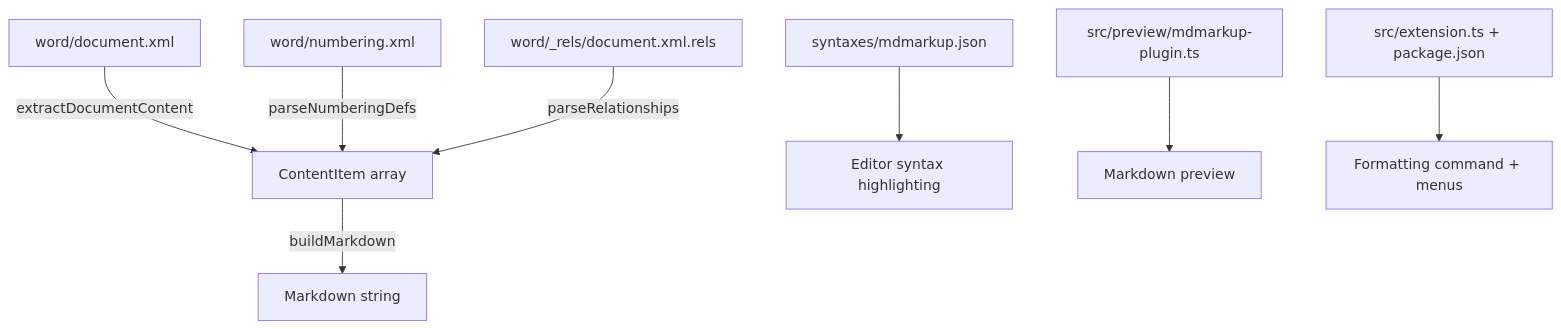
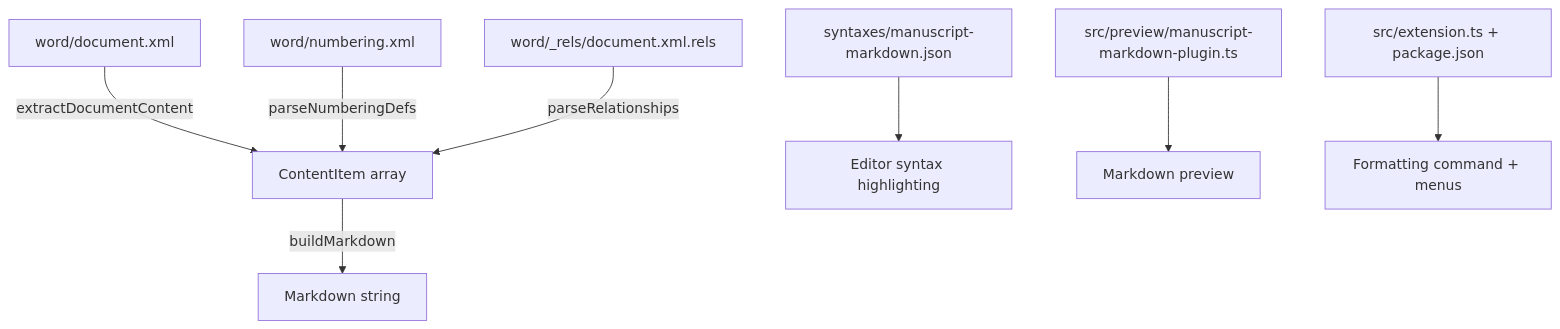
One commit to jbearak/scimark changed the diagram in .kiro/specs/docx-formatting-conversion/design.md. Above: the diagram before and after it, drawn with Mermaid. The commit also changed other lines of this file and 48 other files, not shown here.

First line of the commit message:
Rename mdmarkup to Manuscript Markdown

````diff
--- a/.kiro/specs/docx-formatting-conversion/design.md
+++ b/.kiro/specs/docx-formatting-conversion/design.md
@@ -11,11 +11,11 @@
 ```mermaid
 graph TD
     A[word/document.xml] -->|extractDocumentContent| B[ContentItem array]
     C[word/numbering.xml] -->|parseNumberingDefs| B
     D[word/_rels/document.xml.rels] -->|parseRelationships| B
     B -->|buildMarkdown| E[Markdown string]
 
-    F[syntaxes/mdmarkup.json] --> G[Editor syntax highlighting]
-    H[src/preview/mdmarkup-plugin.ts] --> I[Markdown preview]
+    F[syntaxes/manuscript-markdown.json] --> G[Editor syntax highlighting]
+    H[src/preview/manuscript-markdown-plugin.ts] --> I[Markdown preview]
     J[src/extension.ts + package.json] --> K[Formatting command + menus]
 ```
````
